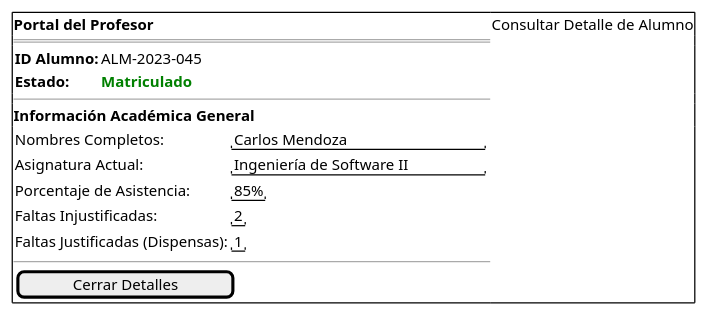
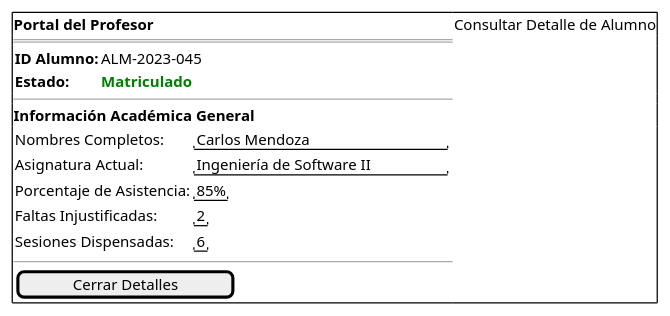
Before and after one commit to enmabry/25-26-IdSw1-SdR: the diagram in documents/CasosDeUso/Prototipos/Profesor/consultarDetalleAlumno.puml, drawn with PlantUML. The commit also changed 43 other files, not shown here.

```diff
--- a/documents/CasosDeUso/Prototipos/Profesor/consultarDetalleAlumno.puml
+++ b/documents/CasosDeUso/Prototipos/Profesor/consultarDetalleAlumno.puml
@@ -1,23 +1,23 @@
 @startsalt
 {+
   <b>Portal del Profesor | Consultar Detalle de Alumno
   ==
   {
     <b>ID Alumno: | ALM-2023-045
     <b>Estado: | <b><color:green>Matriculado</color>
   }
   --
   <b>Información Académica General
   {
     Nombres Completos: | "Carlos Mendoza           "
     Asignatura Actual: | "Ingeniería de Software II"
     Porcentaje de Asistencia: | "85%"
     Faltas Injustificadas: | "2"
-    Faltas Justificadas (Dispensas): | "1"
+    Sesiones Dispensadas: | "6"
   }
   --
   {
     [   Cerrar Detalles   ]
   }
 }
 @endsalt
```
